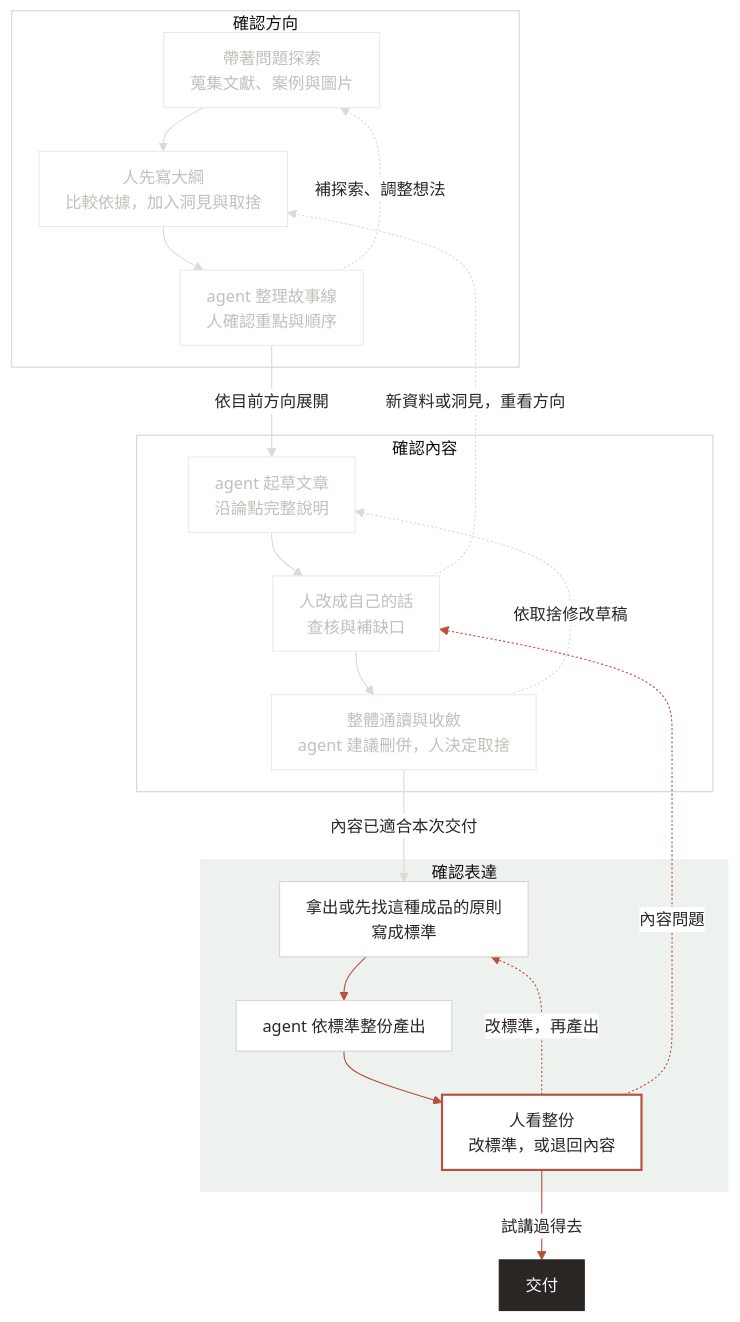
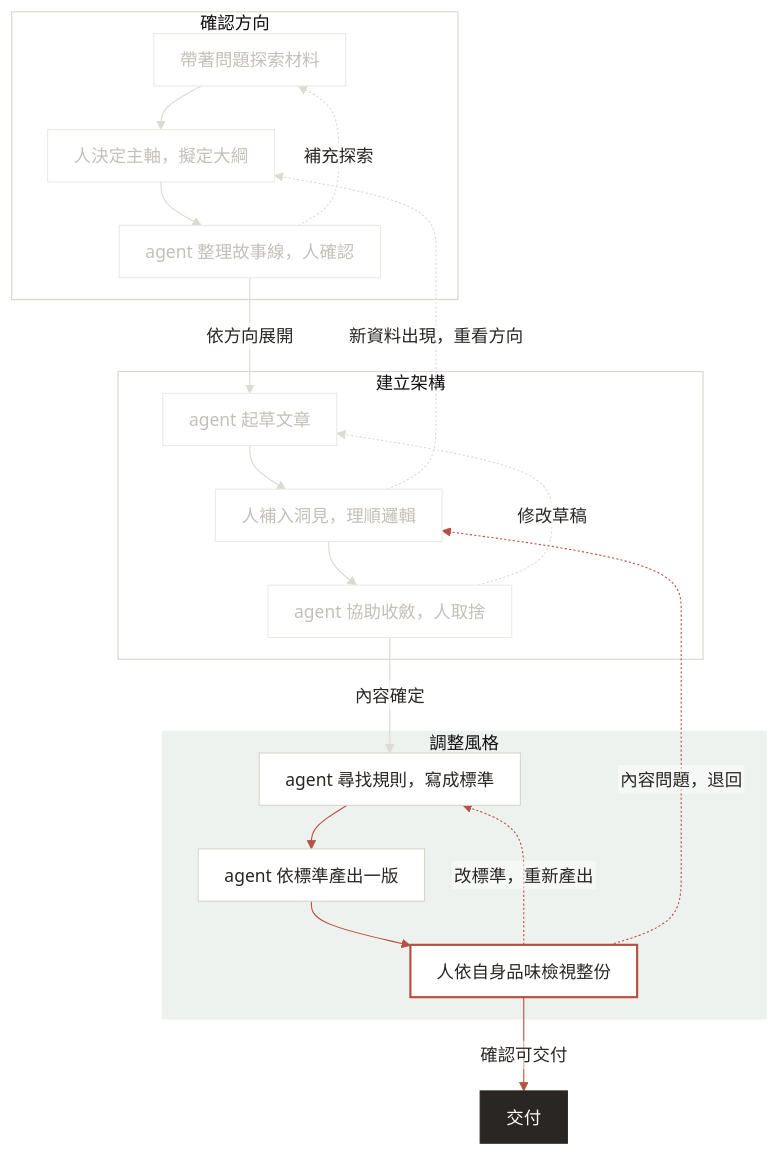
The diagram in assets/week2-diagrams/three-loops-h3.mmd (jimmy60504/agentic-knowledge-work), drawn with Mermaid before and after one commit. The commit also changed 17 other files, not shown here.

First line of the commit message:
三圈定名確認方向、建立架構、調整風格，圖改 mermaid 直式並修文字

```diff
--- a/assets/week2-diagrams/three-loops-h3.mmd
+++ b/assets/week2-diagrams/three-loops-h3.mmd
@@ -1,34 +1,34 @@
-%%{init: {"theme": "base", "themeVariables": {"fontFamily": "PingFang TC, sans-serif", "fontSize": "15px", "primaryColor": "#FFFFFF", "primaryTextColor": "#2A2623", "primaryBorderColor": "#D9D4CE", "lineColor": "#6B6560", "clusterBkg": "#EEF2EF", "clusterBorder": "#EEF2EF", "edgeLabelBackground": "#FFFFFF", "tertiaryColor": "#EEF2EF"}, "flowchart": {"curve": "basis", "nodeSpacing": 30, "rankSpacing": 40, "padding": 12}}}%%
+%%{init: {"theme": "base", "themeVariables": {"fontFamily": "PingFang TC, sans-serif", "fontSize": "16px", "primaryColor": "#FFFFFF", "primaryTextColor": "#2A2623", "primaryBorderColor": "#D9D4CE", "lineColor": "#6B6560", "clusterBkg": "#EEF2EF", "clusterBorder": "#EEF2EF", "edgeLabelBackground": "#FFFFFF", "tertiaryColor": "#EEF2EF"}, "flowchart": {"htmlLabels": false, "curve": "basis", "nodeSpacing": 30, "rankSpacing": 40, "padding": 12}}}%%
 flowchart TD
     subgraph L1["確認方向"]
-        A["帶著問題探索<br/>蒐集文獻、案例與圖片"] --> B["人先寫大綱<br/>比較依據，加入洞見與取捨"]
-        B --> C["agent 整理故事線<br/>人確認重點與順序"]
-        C -. 補探索、調整想法 .-> A
+        A["帶著問題探索材料"] --> B["人決定主軸，擬定大綱"]
+        B --> C["agent 整理故事線，人確認"]
+        C -. 補充探索 .-> A
     end
-    C -->|依目前方向展開| D
-    subgraph L2["確認內容"]
-        D["agent 起草文章<br/>沿論點完整說明"] --> E["人改成自己的話<br/>查核與補缺口"]
-        E --> F["整體通讀與收斂<br/>agent 建議刪併，人決定取捨"]
-        F -. 依取捨修改草稿 .-> D
+    C -->|依方向展開| D
+    subgraph L2["建立架構"]
+        D["agent 起草文章"] --> E["人補入洞見，理順邏輯"]
+        E --> F["agent 協助收斂，人取捨"]
+        F -. 修改草稿 .-> D
     end
-    E -. 新資料或洞見，重看方向 .-> B
-    F -->|內容已適合本次交付| I
-    subgraph L3["確認表達"]
-        I["拿出或先找這種成品的原則<br/>寫成標準"] --> J["agent 依標準整份產出"]
-        J --> K["人看整份<br/>改標準，或退回內容"]
-        K -. 改標準，再產出 .-> I
+    E -. 新資料出現，重看方向 .-> B
+    F -->|內容確定| K
+    subgraph L3["調整風格"]
+        K["agent 尋找規則，寫成標準"] --> I["agent 依標準產出一版"]
+        I --> J["人依自身品味檢視整份"]
+        J -. 改標準，重新產出 .-> K
     end
-    K -. 內容問題 .-> E
-    K -->|試講過得去| L["交付"]
+    J -. 內容問題，退回 .-> E
+    J -->|確認可交付| L["交付"]
     style A fill:#FFFFFF,stroke:#ECE9E5,color:#C4BFB9
     style B fill:#FFFFFF,stroke:#ECE9E5,color:#C4BFB9
     style C fill:#FFFFFF,stroke:#ECE9E5,color:#C4BFB9
     style D fill:#FFFFFF,stroke:#ECE9E5,color:#C4BFB9
     style E fill:#FFFFFF,stroke:#ECE9E5,color:#C4BFB9
     style F fill:#FFFFFF,stroke:#ECE9E5,color:#C4BFB9
     style L fill:#2A2623,color:#FFFFFF,stroke:#2A2623
     style L1 fill:#FFFFFF,stroke:#D9D4CE
     style L2 fill:#FFFFFF,stroke:#D9D4CE
     linkStyle 0,1,2,3,4,5,6,7,8 stroke:#DDD9D3
     linkStyle 9,10,11,12,13 stroke:#B85042
-    style K stroke:#B85042,stroke-width:2px
+    style J stroke:#B85042,stroke-width:2px
```
